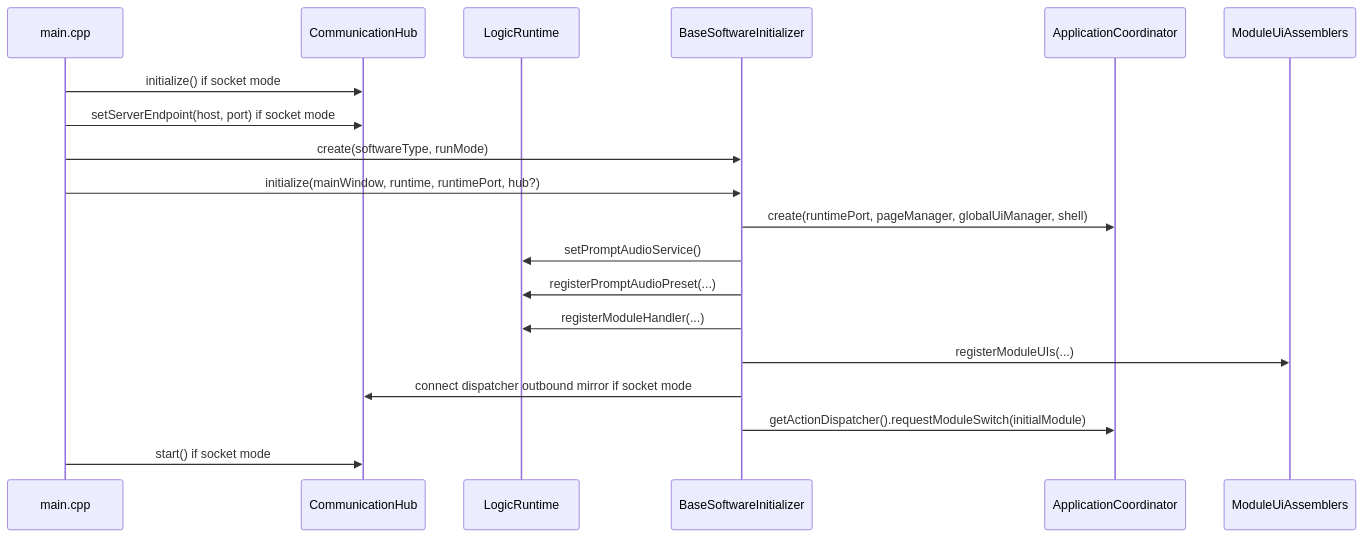
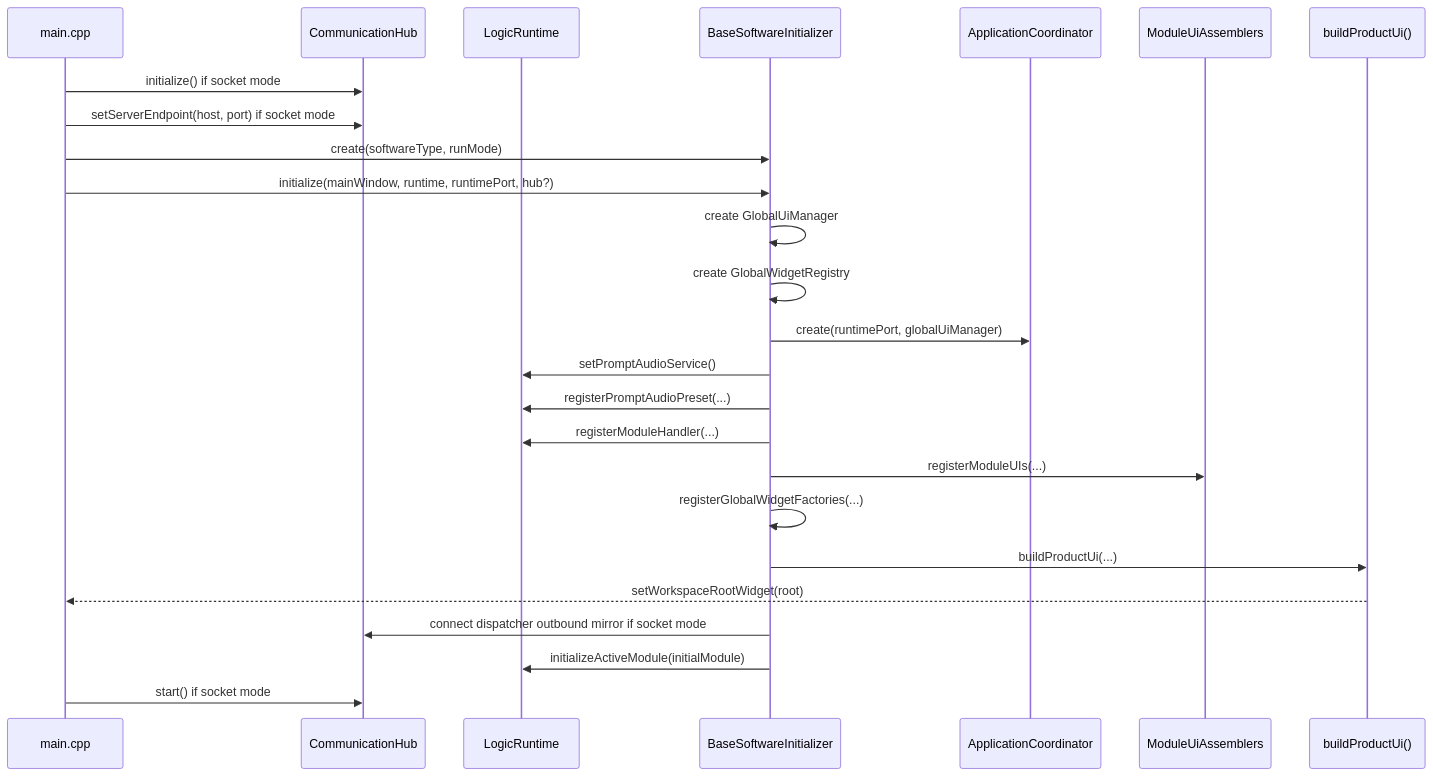
Before and after one commit to yulaomao/VTKQtCore: the diagram in 项目对标文档/01-启动与装配规范.md, drawn with Mermaid. The commit also changed other lines of this file and 27 other files, not shown here.

First line of the commit message:
Refactor UI architecture to eliminate fixed shell layers and enable customizable product layouts

````diff
--- a/项目对标文档/01-启动与装配规范.md
+++ b/项目对标文档/01-启动与装配规范.md
@@ -306,22 +274,28 @@
 ```mermaid
 sequenceDiagram
-		participant Main as main.cpp
-		participant Hub as CommunicationHub
-		participant Runtime as LogicRuntime
-		participant Init as BaseSoftwareInitializer
-		participant AppCoord as ApplicationCoordinator
-		participant UI as ModuleUiAssemblers
+	participant Main as main.cpp
+	participant Hub as CommunicationHub
+	participant Runtime as LogicRuntime
+	participant Init as BaseSoftwareInitializer
+	participant AppCoord as ApplicationCoordinator
+	participant UI as ModuleUiAssemblers
+	participant ProductRoot as buildProductUi()
 
-		Main->>Hub: initialize() if socket mode
-		Main->>Hub: setServerEndpoint(host, port) if socket mode
-		Main->>Init: create(softwareType, runMode)
-		Main->>Init: initialize(mainWindow, runtime, runtimePort, hub?)
-		Init->>AppCoord: create(runtimePort, pageManager, globalUiManager, shell)
-		Init->>Runtime: setPromptAudioService()
-		Init->>Runtime: registerPromptAudioPreset(...)
-		Init->>Runtime: registerModuleHandler(...)
-		Init->>UI: registerModuleUIs(...)
-		Init->>Hub: connect dispatcher outbound mirror if socket mode
-		Init->>AppCoord: getActionDispatcher().requestModuleSwitch(initialModule)
-		Main->>Hub: start() if socket mode
+	Main->>Hub: initialize() if socket mode
+	Main->>Hub: setServerEndpoint(host, port) if socket mode
+	Main->>Init: create(softwareType, runMode)
+	Main->>Init: initialize(mainWindow, runtime, runtimePort, hub?)
+	Init->>Init: create GlobalUiManager
+	Init->>Init: create GlobalWidgetRegistry
+	Init->>AppCoord: create(runtimePort, globalUiManager)
+	Init->>Runtime: setPromptAudioService()
+	Init->>Runtime: registerPromptAudioPreset(...)
+	Init->>Runtime: registerModuleHandler(...)
+	Init->>UI: registerModuleUIs(...)
+	Init->>Init: registerGlobalWidgetFactories(...)
+	Init->>ProductRoot: buildProductUi(...)
+	ProductRoot-->>Main: setWorkspaceRootWidget(root)
+	Init->>Hub: connect dispatcher outbound mirror if socket mode
+	Init->>Runtime: initializeActiveModule(initialModule)
+	Main->>Hub: start() if socket mode
 ```
````
